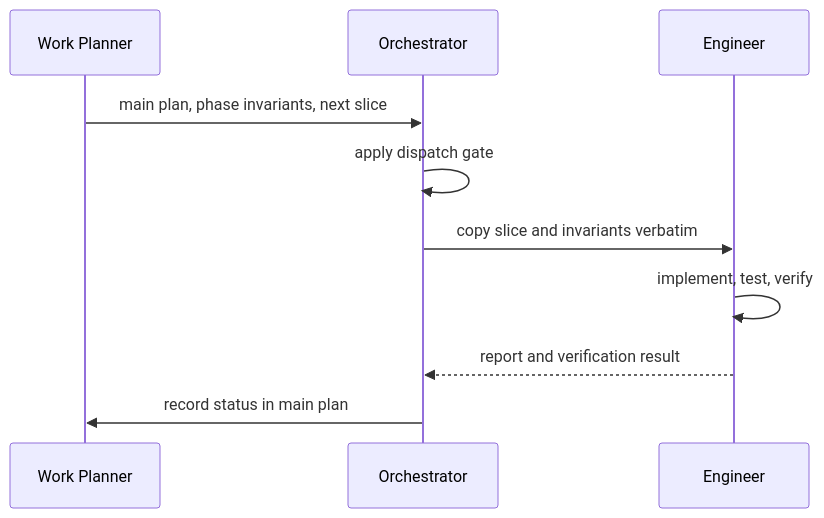
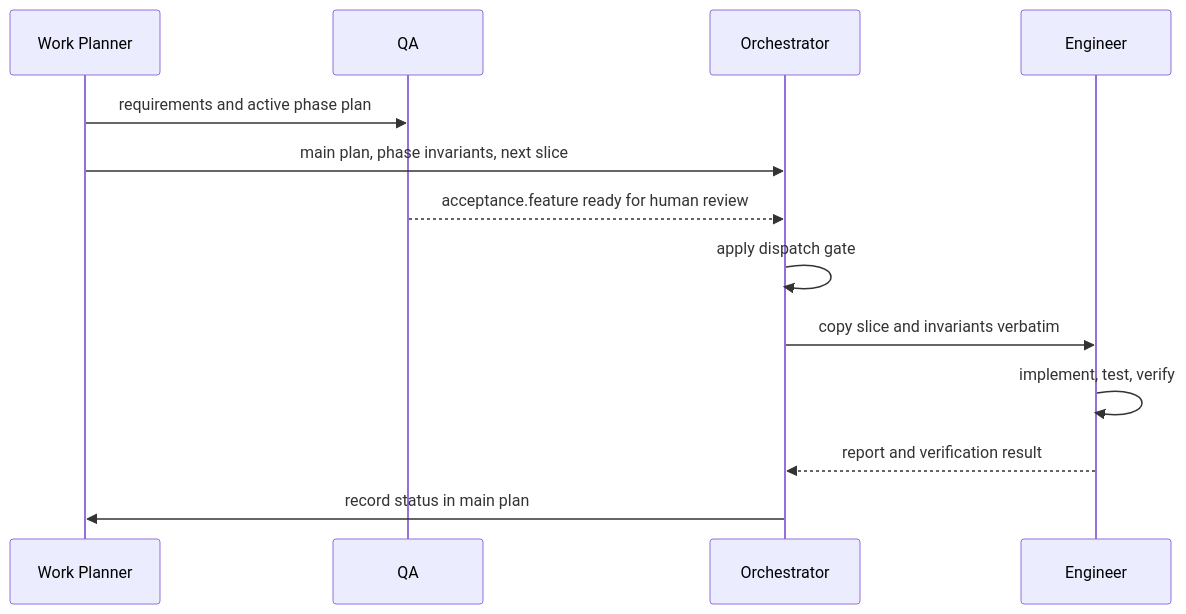
The diagram in docs/agents.md (smikelson75/AI.Workflows), drawn with Mermaid before and after one commit. The commit also changed other lines of this file and 19 other files, not shown here.

````diff
--- a/docs/agents.md
+++ b/docs/agents.md
@@ -45,12 +60,15 @@
 ```mermaid
 sequenceDiagram
     participant P as Work Planner
+    participant Q as QA
     participant O as Orchestrator
     participant C as Engineer
+    P->>Q: requirements and active phase plan
     P->>O: main plan, phase invariants, next slice
+    Q-->>O: acceptance.feature ready for human review
     O->>O: apply dispatch gate
     O->>C: copy slice and invariants verbatim
     C->>C: implement, test, verify
     C-->>O: report and verification result
     O->>P: record status in main plan
 ```
````
